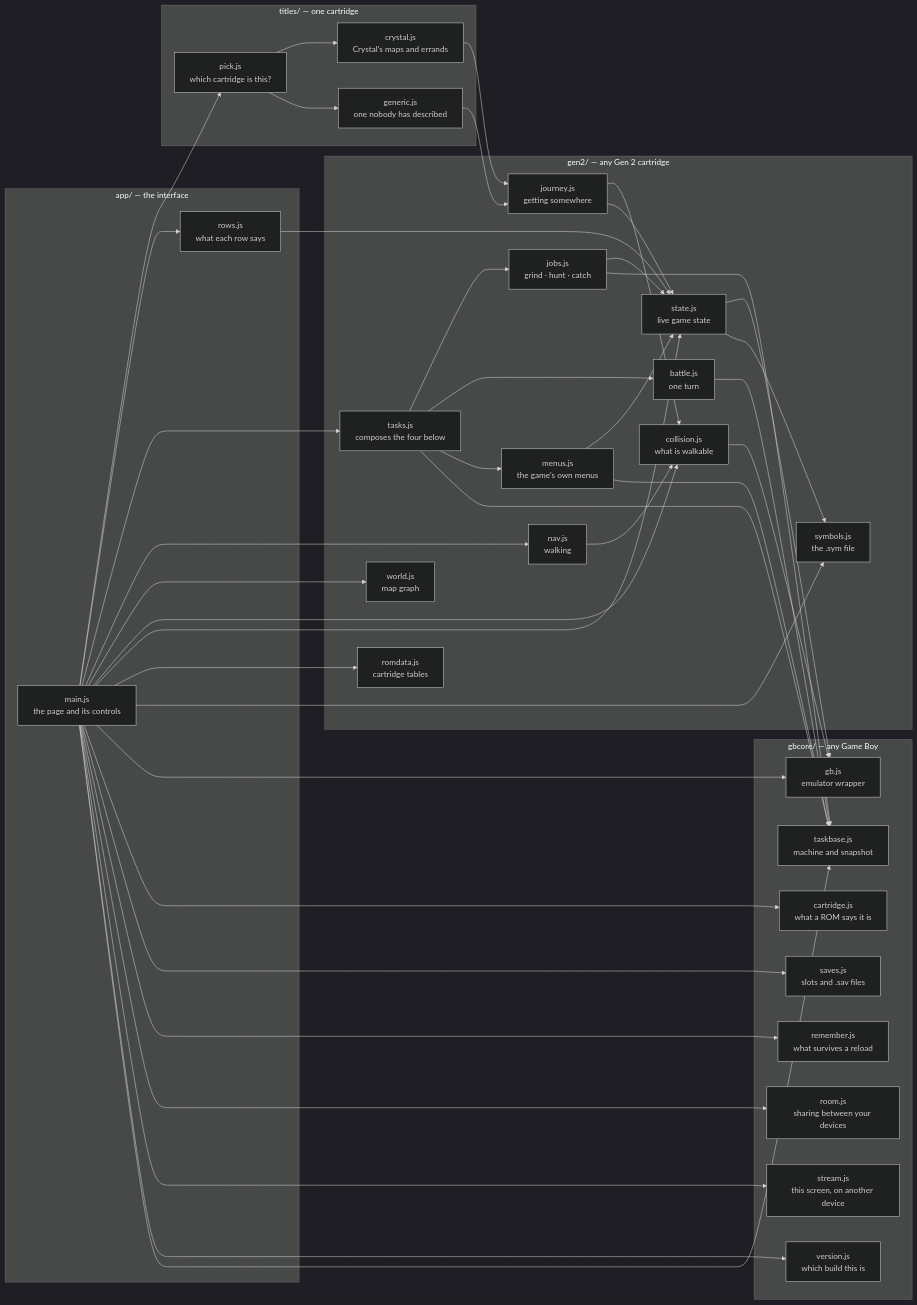
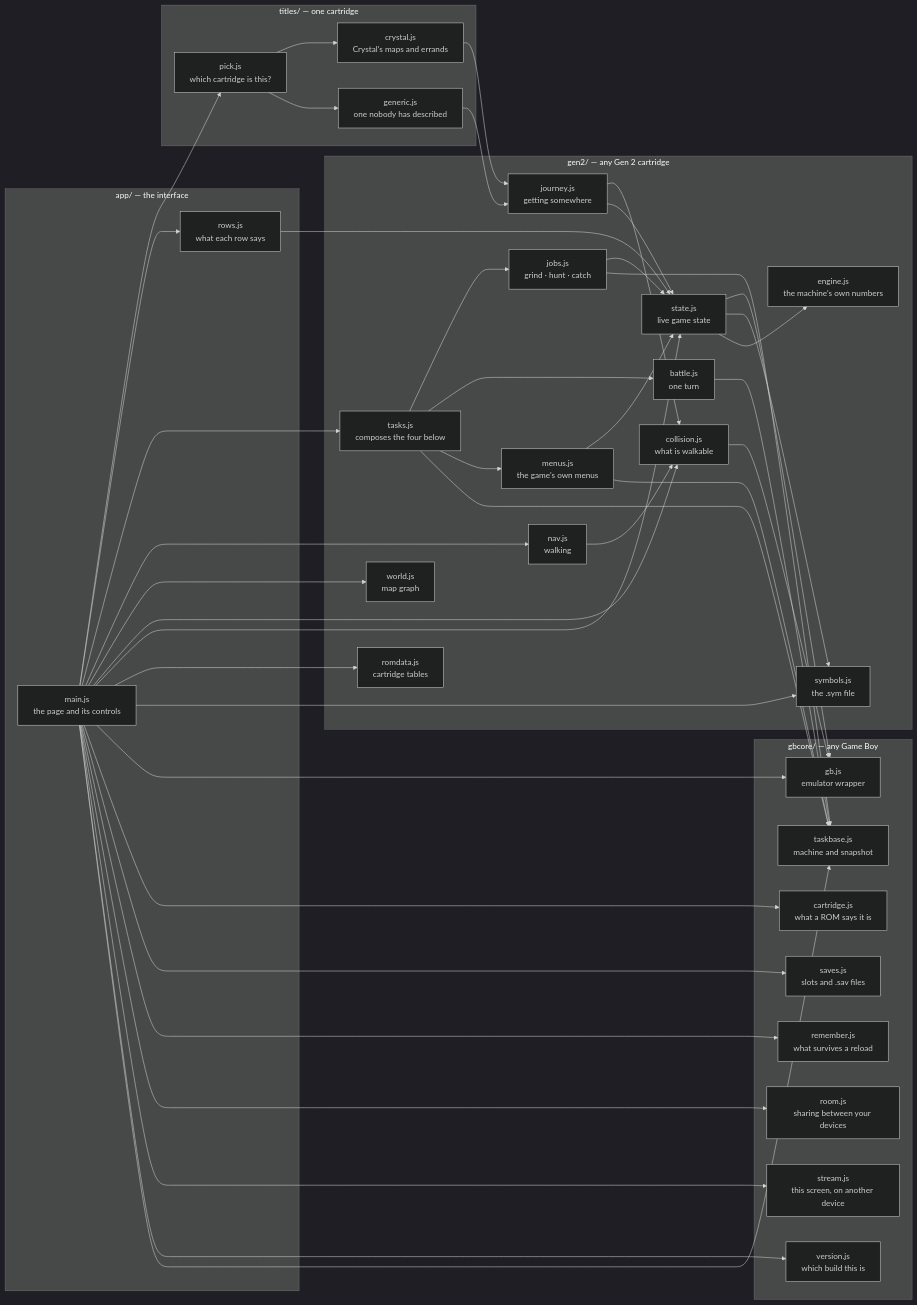
Before and after one commit to minormending/crystal-pilot-mobile: the second of 21 diagrams in docs/CODE.md, drawn with Mermaid (dark theme). The commit also changed other lines of this file and 9 other files, not shown here.

````diff
--- a/docs/CODE.md
+++ b/docs/CODE.md
@@ -162,73 +162,75 @@
 ```mermaid
 flowchart LR
     subgraph app["app/ — the interface"]
         main["main.js<br/>the page and its controls"]
         rows["rows.js<br/>what each row says"]
     end
     subgraph titles["titles/ — one cartridge"]
         pick["pick.js<br/>which cartridge is this?"]
         title["crystal.js<br/>Crystal's maps and errands"]
         gener["generic.js<br/>one nobody has described"]
     end
     subgraph gen2["gen2/ — any Gen 2 cartridge"]
         tasks["tasks.js<br/>composes the four below"]
         jour["journey.js<br/>getting somewhere"]
         jobs["jobs.js<br/>grind · hunt · catch"]
         btl["battle.js<br/>one turn"]
         menus["menus.js<br/>the game's own menus"]
         nav["nav.js<br/>walking"]
         world["world.js<br/>map graph"]
         coll["collision.js<br/>what is walkable"]
         state["state.js<br/>live game state"]
         rom["romdata.js<br/>cartridge tables"]
         sym["symbols.js<br/>the .sym file"]
+        eng["engine.js<br/>the machine's own numbers"]
     end
     subgraph gbcore["gbcore/ — any Game Boy"]
         tbase["taskbase.js<br/>machine and snapshot"]
         saves["saves.js<br/>slots and .sav files"]
         rem["remember.js<br/>what survives a reload"]
         room["room.js<br/>sharing between your devices"]
         stream["stream.js<br/>this screen, on another device"]
         ver["version.js<br/>which build this is"]
         cart["cartridge.js<br/>what a ROM says it is"]
         gb["gb.js<br/>emulator wrapper"]
     end
 
     main --> pick
     pick --> title
     pick --> gener
     main --> rows
     main --> tasks
     main --> nav
     main --> world
     main --> coll
     main --> state
     main --> rom
     main --> sym
     main --> gb
     main --> cart
     main --> saves
     main --> rem
     main --> room
     main --> stream
     main --> ver
     main --> tbase
     rows --> state
     title --> jour
     gener --> jour
     jour --> coll
     jour --> state
     tasks --> jobs
     tasks --> btl
     tasks --> menus
     tasks --> tbase
     jobs --> state
     jobs --> tbase
     btl --> tbase
     menus --> state
     menus --> tbase
     nav --> coll
     coll --> gb
     state --> gb
     state --> sym
+    state --> eng
 ```
````
